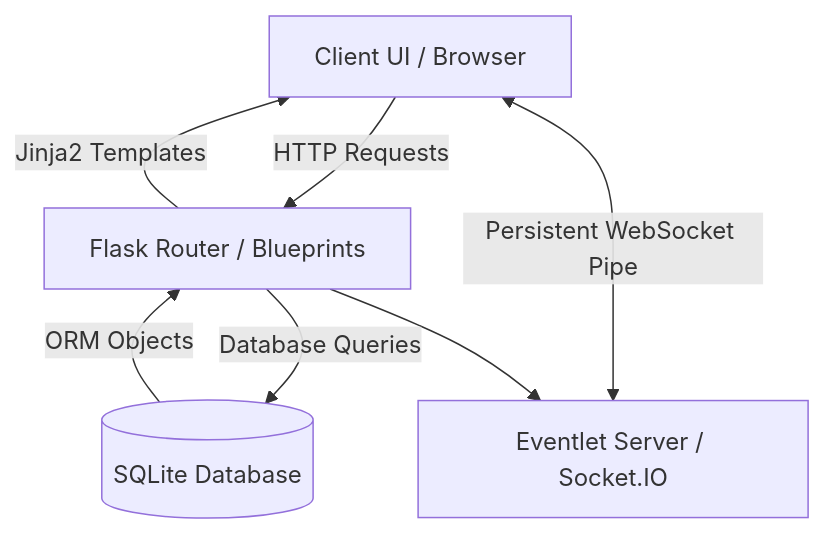
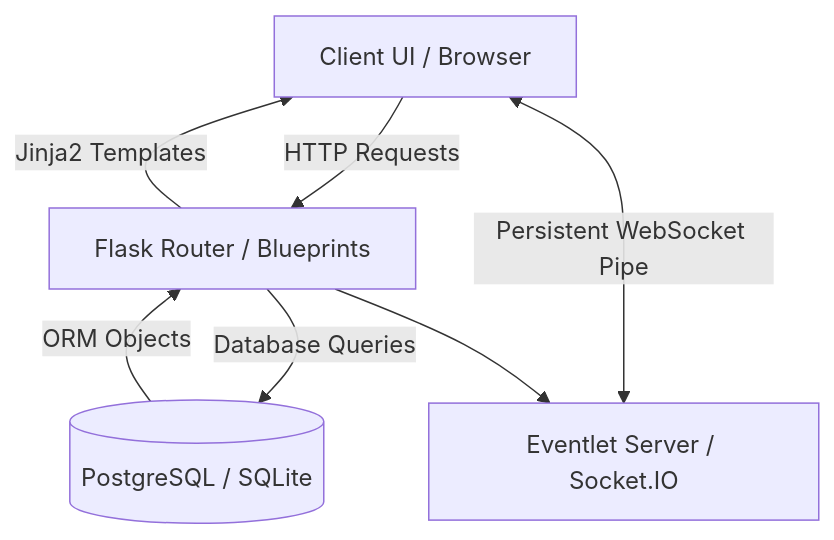
One commit to Sakshithis/KindKart_ changed the second of 2 diagrams in README.md. Above: the diagram before and after it, drawn with Mermaid. The commit also changed other lines of this file and 3 other files, not shown here.

````diff
--- a/README.md
+++ b/README.md
@@ -37,10 +38,10 @@
 ```mermaid
 graph TD
     A[Client UI / Browser] -->|HTTP Requests| B[Flask Router / Blueprints]
-    B -->|Database Queries| C[(SQLite Database)]
+    B -->|Database Queries| C[(PostgreSQL / SQLite)]
     C -->|ORM Objects| B
     B -->|Jinja2 Templates| A
     
     A <-->|Persistent WebSocket Pipe| D[Eventlet Server / Socket.IO]
     B --> D
 ```
````
